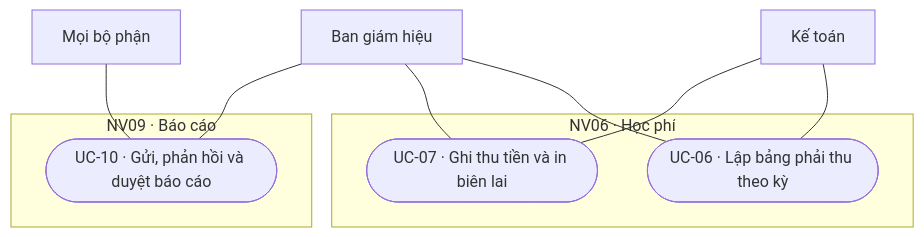
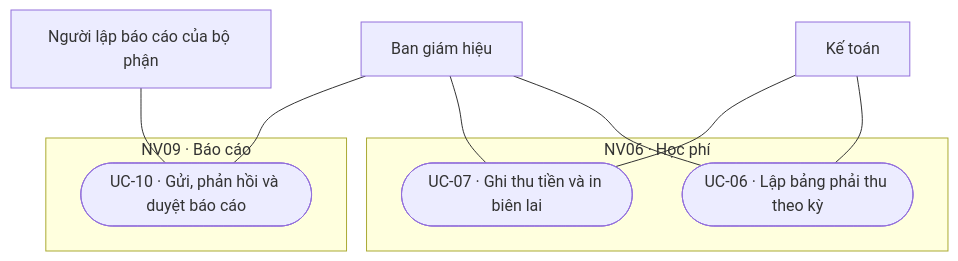
The fourth of 4 diagrams in docs/analysis/diagrams/use-case-toan-he-thong.md (CAMEL1204/Kindergarten-Management-System), drawn with Mermaid before and after one commit. The commit also changed other lines of this file and 8 other files, not shown here.

Commit message:
hoan thien dfd, erd

````diff
--- a/docs/analysis/diagrams/use-case-toan-he-thong.md
+++ b/docs/analysis/diagrams/use-case-toan-he-thong.md
@@ -113,19 +113,19 @@
 ```mermaid
 flowchart TD
     subgraph N06["NV06 · Học phí"]
         U06(["UC-06 · Lập bảng phải thu theo kỳ"])
         U07(["UC-07 · Ghi thu tiền và in biên lai"])
     end
     subgraph N09["NV09 · Báo cáo"]
         U10(["UC-10 · Gửi, phản hồi và duyệt báo cáo"])
     end
     A1["Kế toán"]
-    A2["Mọi bộ phận"]
+    A2["Người lập báo cáo của bộ phận"]
     A3["Ban giám hiệu"]
     A1 --- U06
     A3 --- U06
     A1 --- U07
     A3 --- U07
     A2 --- U10
     A3 --- U10
 ```
````
